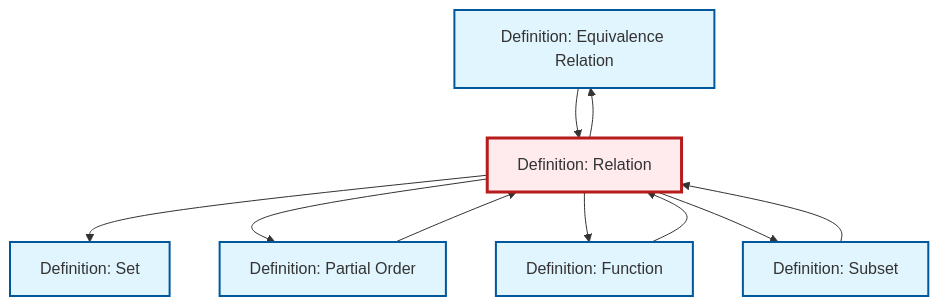
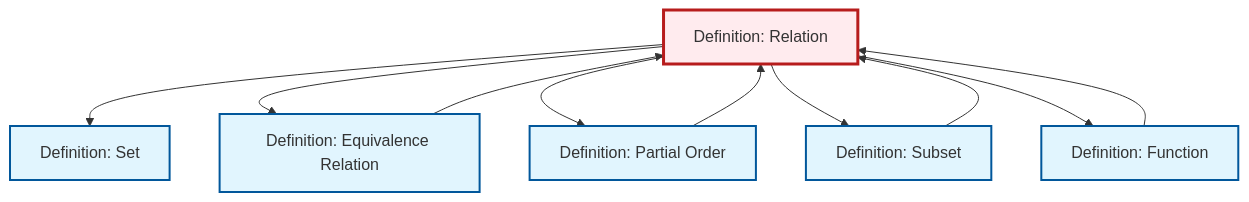
Before and after one commit to RK0429/ModernMath: the diagram in content/en/logic-set-theory/def-relation.qmd, drawn with Mermaid. The commit also changed other lines of this file and 1069 other files, not shown here.

````diff
--- a/content/en/logic-set-theory/def-relation.qmd
+++ b/content/en/logic-set-theory/def-relation.qmd
@@ -90,30 +90,30 @@
 ```{mermaid}
 %%| fig-cap: "Local dependency graph"
 graph TD
     classDef definition fill:#e1f5fe,stroke:#01579b,stroke-width:2px
     classDef theorem fill:#f3e5f5,stroke:#4a148c,stroke-width:2px
     classDef axiom fill:#fff3e0,stroke:#e65100,stroke-width:2px
     classDef example fill:#e8f5e9,stroke:#1b5e20,stroke-width:2px
     classDef current fill:#ffebee,stroke:#b71c1c,stroke-width:3px
     def-set["Definition: Set"]:::definition
-    def-equivalence-relation["Definition: Equivalence Relation"]:::definition
-    def-subset["Definition: Subset"]:::definition
     def-relation["Definition: Relation"]:::definition
     def-function["Definition: Function"]:::definition
     def-partial-order["Definition: Partial Order"]:::definition
+    def-subset["Definition: Subset"]:::definition
+    def-equivalence-relation["Definition: Equivalence Relation"]:::definition
+    def-partial-order --> def-relation
+    def-subset --> def-relation
     def-relation --> def-set
+    def-function --> def-relation
     def-relation --> def-equivalence-relation
-    def-subset --> def-relation
     def-relation --> def-partial-order
+    def-relation --> def-subset
+    def-equivalence-relation --> def-relation
     def-relation --> def-function
-    def-equivalence-relation --> def-relation
-    def-relation --> def-subset
-    def-partial-order --> def-relation
-    def-function --> def-relation
     class def-relation current
     click def-set "def-set.html" "Go to Set definition"
-    click def-equivalence-relation "def-equivalence-relation.html" "Go to Equivalence Relation definition"
-    click def-subset "def-subset.html" "Go to Subset definition"
     click def-function "def-function.html" "Go to Function definition"
     click def-partial-order "def-partial-order.html" "Go to Partial Order definition"
+    click def-subset "def-subset.html" "Go to Subset definition"
+    click def-equivalence-relation "def-equivalence-relation.html" "Go to Equivalence Relation definition"
 ```
````
